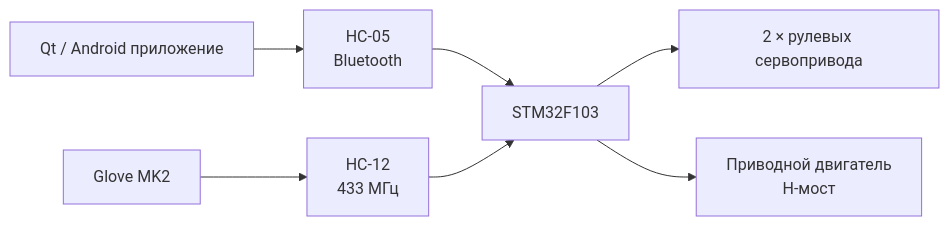
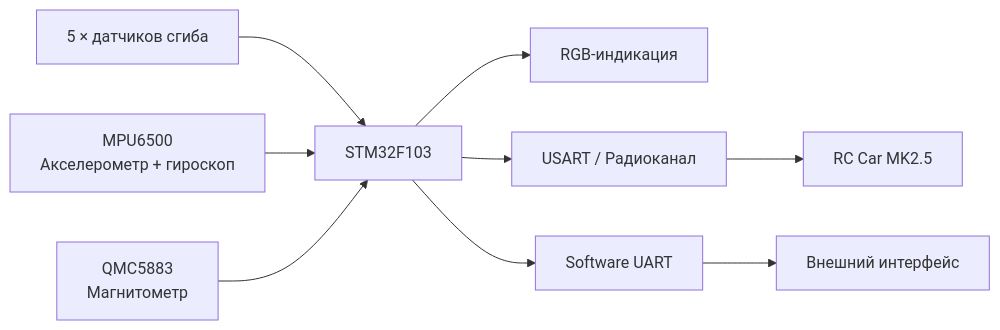
Before and after one commit to suneids/Glove: the diagram in README_RU.md, drawn with Mermaid. The commit also changed other lines of this file, not shown here.

````diff
--- a/README_RU.md
+++ b/README_RU.md
@@ -23,21 +24,26 @@
 ```mermaid
 flowchart LR
-    APP["Qt / Android приложение"]
-    GLOVE["Glove MK2"]
-
-    BT["HC-05\nBluetooth"]
-    RADIO["HC-12\n433 МГц"]
+    FLEX["5 × датчиков сгиба"]
+    IMU["MPU6500\nАкселерометр + гироскоп"]
+    MAG["QMC5883\nМагнитометр"]
 
     MCU["STM32F103"]
-    STEER["2 × рулевых сервопривода"]
-    MOTOR["Приводной двигатель\nH-мост"]
 
-    APP --> BT
-    GLOVE --> RADIO
+    RGB["RGB-индикация"]
+    UART["USART / Радиоканал"]
+    SOFT["Software UART"]
 
-    BT --> MCU
-    RADIO --> MCU
+    CAR["RC Car MK2.5"]
+    PC["Внешний интерфейс"]
 
-    MCU --> STEER
-    MCU --> MOTOR
+    FLEX --> MCU
+    IMU --> MCU
+    MAG --> MCU
+
+    MCU --> RGB
+    MCU --> UART
+    MCU --> SOFT
+
+    UART --> CAR
+    SOFT --> PC
 ```
````
